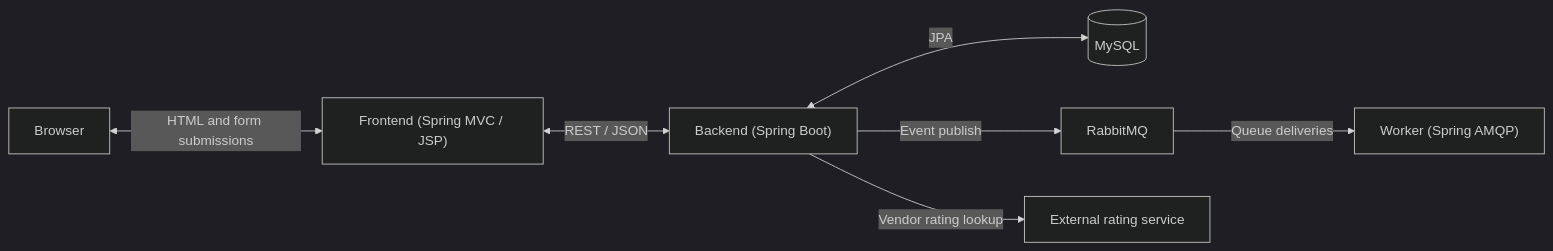
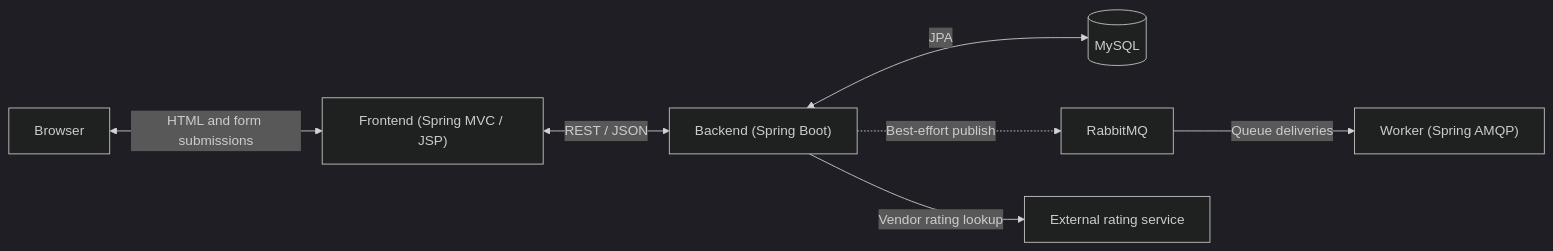
The diagram in architecture.md (luxu-ms/SupplyChain-Docs), drawn with Mermaid (dark theme) before and after one commit. The commit also changed other lines of this file and 1 other file, not shown here.

Commit message:
Align architecture and workflow with research findings

````diff
--- a/architecture.md
+++ b/architecture.md
@@ -5,9 +5,9 @@
 ```mermaid
 flowchart LR
     Browser <-->|HTML and form submissions| Frontend["Frontend (Spring MVC / JSP)"]
     Frontend <-->|REST / JSON| Backend["Backend (Spring Boot)"]
     Backend <-->|JPA| MySQL[(MySQL)]
-    Backend -->|Event publish| RabbitMQ[RabbitMQ]
+    Backend -.->|Best-effort publish| RabbitMQ[RabbitMQ]
     RabbitMQ -->|Queue deliveries| Worker["Worker (Spring AMQP)"]
     Backend -->|Vendor rating lookup| Ratings[External rating service]
 ```
````
